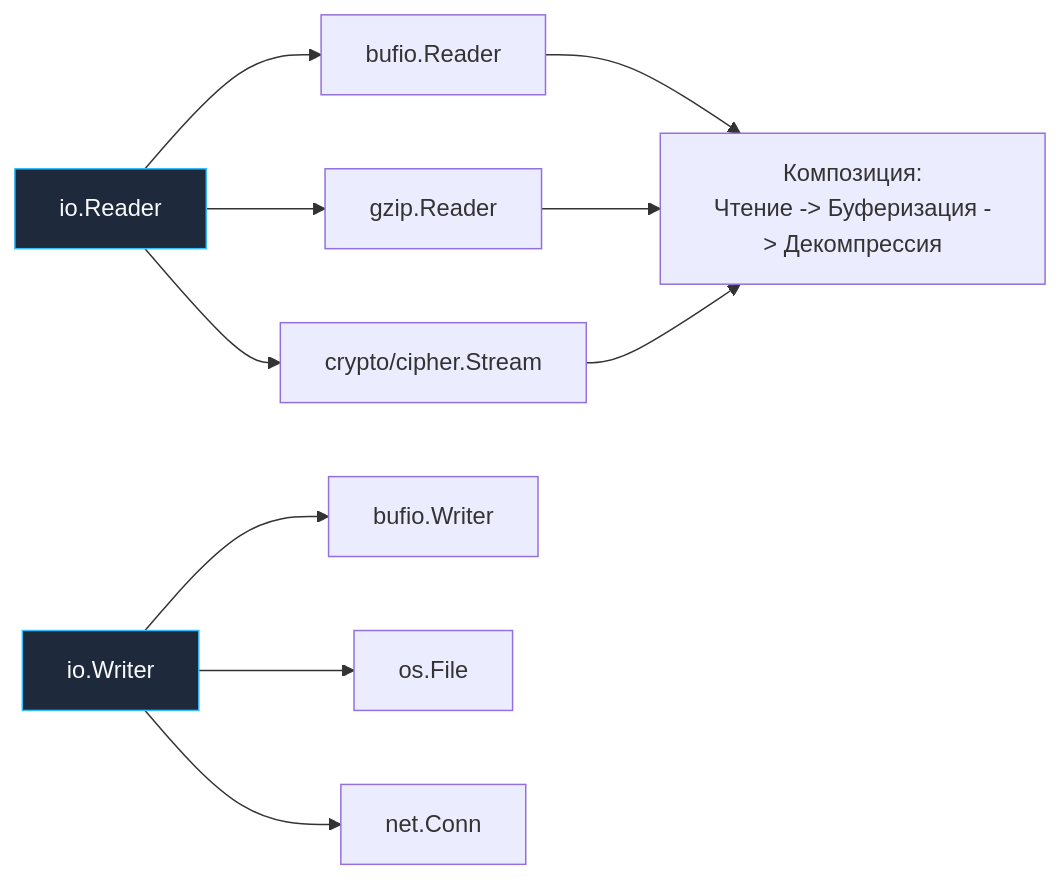
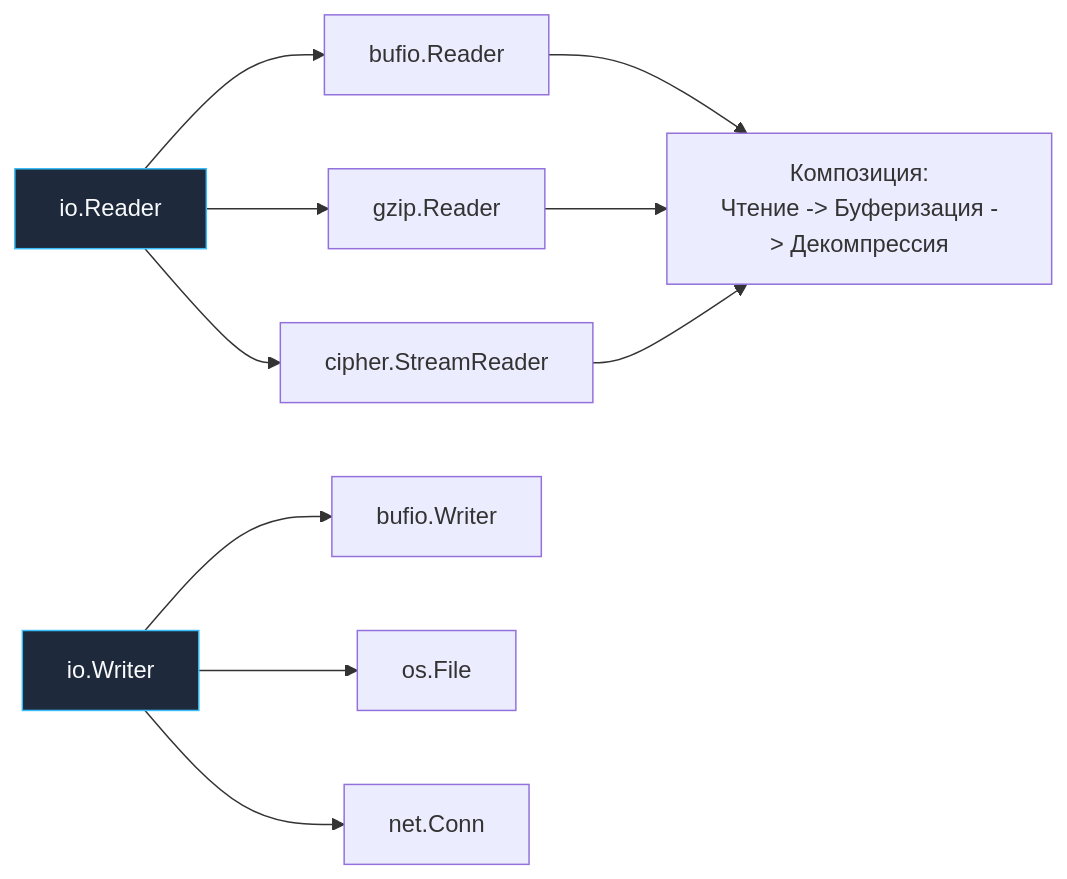
One commit to UnrealTemplier/go-textbook-ru changed the first of 2 diagrams in sources/6. Стандартная библиотека Go/1. Обзор раздела. Почему стандартной библиотеки Go часто достаточно.md. Above: the diagram before and after it, drawn with Mermaid. The commit also changed other lines of this file and 47 other files, not shown here.

````diff
--- a/sources/6. Стандартная библиотека Go/1. Обзор раздела. Почему стандартной библиотеки Go часто достаточно.md
+++ b/sources/6. Стандартная библиотека Go/1. Обзор раздела. Почему стандартной библиотеки Go часто достаточно.md
@@ -27,24 +27,24 @@
 ```mermaid
 flowchart LR
     classDef process  fill:#1e293b,stroke:#38bdf8,stroke-width:1px,color:#f8fafc
     classDef success  fill:#064e3b,stroke:#34d399,stroke-width:1px,color:#f8fafc
     classDef error    fill:#7f1d1d,stroke:#f87171,stroke-width:1px,color:#f8fafc
     classDef warning  fill:#78350f,stroke:#fbbf24,stroke-width:1px,color:#f8fafc
     classDef entry    fill:#1e3a5f,stroke:#38bdf8,stroke-width:2px,color:#f8fafc
     classDef aux      fill:#334155,stroke:#64748b,stroke-width:1px,color:#f8fafc
     classDef system   fill:#312e81,stroke:#a78bfa,stroke-width:1px,color:#f8fafc
     classDef data     fill:#132d29,stroke:#2dd4bf,stroke-width:1px,color:#f8fafc
     classDef network  fill:#881337,stroke:#fb7185,stroke-width:1px,color:#f8fafc
     classDef accent   fill:#1e1b4b,stroke:#818cf8,stroke-width:1px,color:#f8fafc
     A["io.Reader"]:::process --> B["bufio.Reader"]
     A --> C["gzip.Reader"]
-    A --> D["crypto/cipher.Stream"]
+    A --> D["cipher.StreamReader"]
     
     E["io.Writer"]:::process --> F["bufio.Writer"]
     E --> G["os.File"]
     E --> H["net.Conn"]
     
     B --> I["Композиция:<br>Чтение -> Буферизация -> Декомпрессия"]
     C --> I
     D --> I
 ```
````
